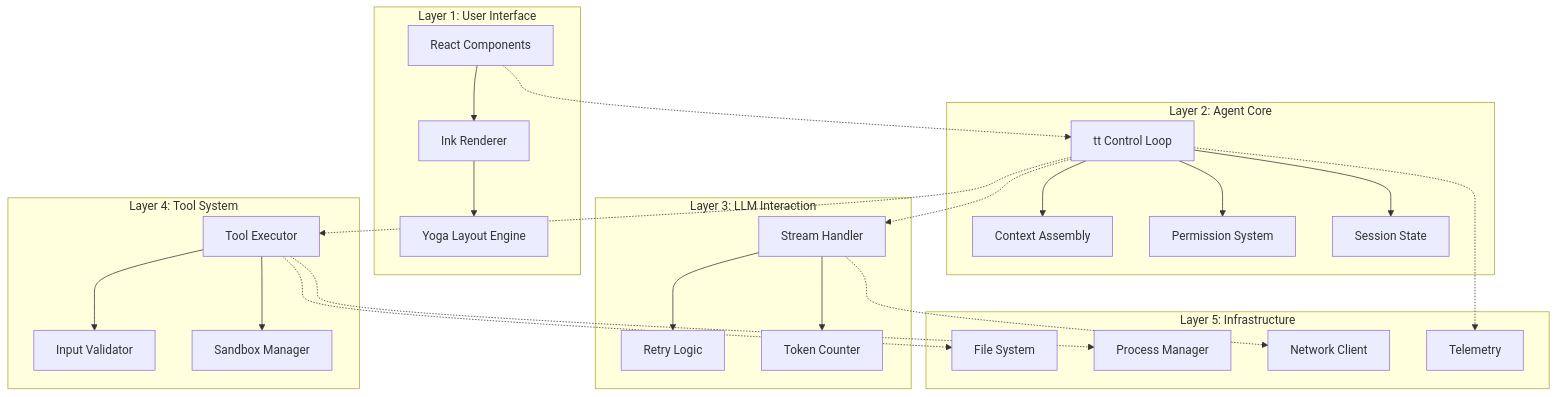
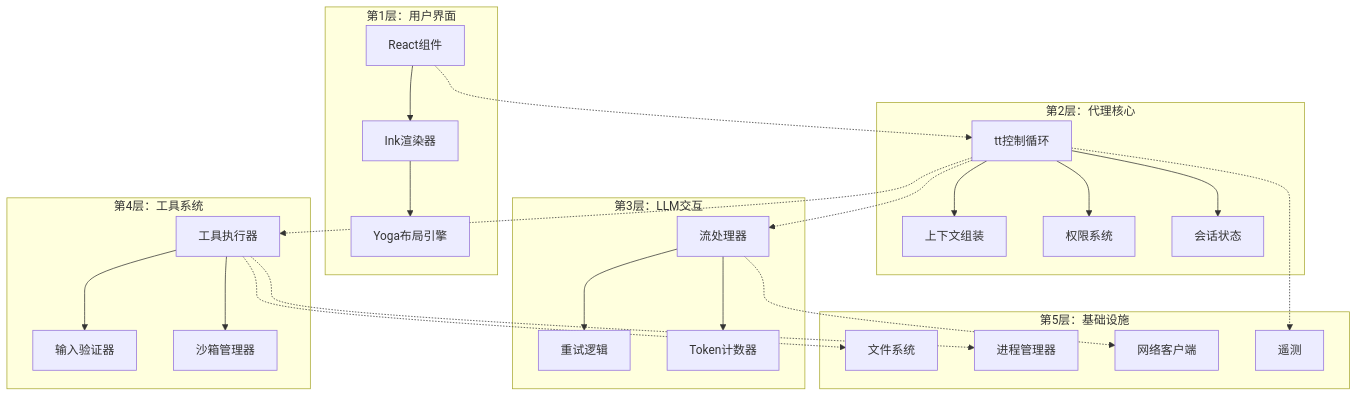
One commit to hanshuang-ai/BLOG changed the second of 2 diagrams in source/_posts/claude-code架构-引擎室.md. Above: the diagram before and after it, drawn with Mermaid. The commit also changed other lines of this file and 10 other files, not shown here.

````diff
--- a/source/_posts/claude-code架构-引擎室.md
+++ b/source/_posts/claude-code架构-引擎室.md
@@ -414,56 +415,56 @@
 ```mermaid
 graph TD
-    subgraph "Layer 1: User Interface"
-        React[React Components]
-        Ink[Ink Renderer]
-        Yoga[Yoga Layout Engine]
+    subgraph "第1层：用户界面"
+        React[React组件]
+        Ink[Ink渲染器]
+        Yoga[Yoga布局引擎]
 
         React --> Ink
         Ink --> Yoga
     end
 
-    subgraph "Layer 2: Agent Core"
-        TT[tt Control Loop]
-        Context[Context Assembly]
-        Permission[Permission System]
-        State[Session State]
+    subgraph "第2层：代理核心"
+        TT[tt控制循环]
+        Context[上下文组装]
+        Permission[权限系统]
+        State[会话状态]
 
         TT --> Context
         TT --> Permission
         TT --> State
     end
 
-    subgraph "Layer 3: LLM Interaction"
-        Stream[Stream Handler]
-        Retry[Retry Logic]
-        Token[Token Counter]
+    subgraph "第3层：LLM交互"
+        Stream[流处理器]
+        Retry[重试逻辑]
+        Token[Token计数器]
 
         Stream --> Retry
         Stream --> Token
     end
 
-    subgraph "Layer 4: Tool System"
-        Executor[Tool Executor]
-        Validator[Input Validator]
-        Sandbox[Sandbox Manager]
+    subgraph "第4层：工具系统"
+        Executor[工具执行器]
+        Validator[输入验证器]
+        Sandbox[沙箱管理器]
 
         Executor --> Validator
         Executor --> Sandbox
     end
 
-    subgraph "Layer 5: Infrastructure"
-        FS[File System]
-        Process[Process Manager]
-        Network[Network Client]
-        Telemetry[Telemetry]
+    subgraph "第5层：基础设施"
+        FS[文件系统]
+        Process[进程管理器]
+        Network[网络客户端]
+        Telemetry[遥测]
     end
 
     React -.-> TT
     TT -.-> Stream
     TT -.-> Executor
     Executor -.-> FS
     Executor -.-> Process
     Stream -.-> Network
     TT -.-> Telemetry
 
 ```
````
